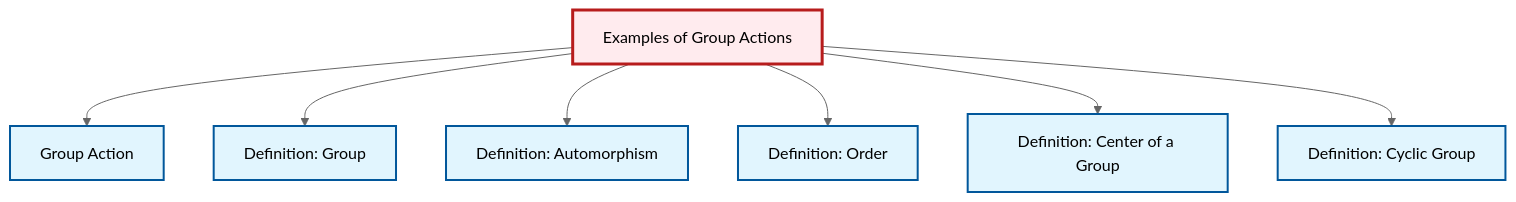
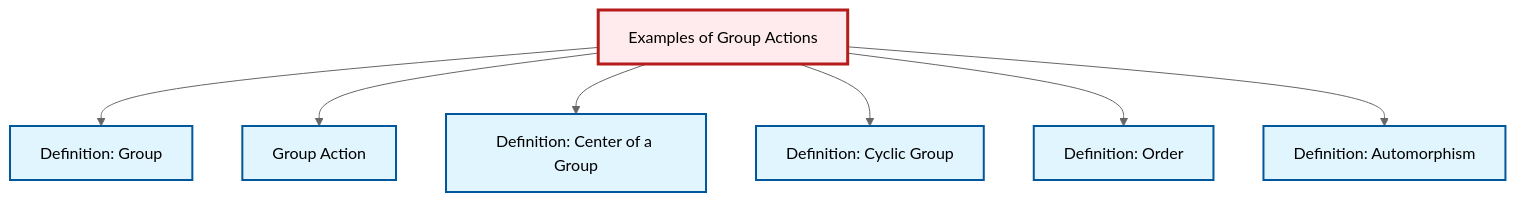
One commit to RK0429/ModernMath changed the diagram in content/en/algebra/ex-group-action-examples.qmd. Above: the diagram before and after it, drawn with Mermaid (neutral theme). The commit also changed other lines of this file and 1069 other files, not shown here.

````diff
--- a/content/en/algebra/ex-group-action-examples.qmd
+++ b/content/en/algebra/ex-group-action-examples.qmd
@@ -78,29 +78,29 @@
 ```{mermaid}
 %%| fig-cap: "Local dependency graph"
 graph TD
     classDef definition fill:#e1f5fe,stroke:#01579b,stroke-width:2px
     classDef theorem fill:#f3e5f5,stroke:#4a148c,stroke-width:2px
     classDef axiom fill:#fff3e0,stroke:#e65100,stroke-width:2px
     classDef example fill:#e8f5e9,stroke:#1b5e20,stroke-width:2px
     classDef current fill:#ffebee,stroke:#b71c1c,stroke-width:3px
+    def-automorphism["Definition: Automorphism"]:::definition
     def-cyclic-group["Definition: Cyclic Group"]:::definition
-    def-center-of-group["Definition: Center of a Group"]:::definition
-    def-group["Definition: Group"]:::definition
     def-order["Definition: Order"]:::definition
     ex-group-action-examples["Examples of Group Actions"]:::example
+    def-center-of-group["Definition: Center of a Group"]:::definition
     def-group-action["Group Action"]:::definition
-    def-automorphism["Definition: Automorphism"]:::definition
+    def-group["Definition: Group"]:::definition
+    ex-group-action-examples --> def-group
     ex-group-action-examples --> def-group-action
-    ex-group-action-examples --> def-group
-    ex-group-action-examples --> def-automorphism
-    ex-group-action-examples --> def-order
     ex-group-action-examples --> def-center-of-group
     ex-group-action-examples --> def-cyclic-group
+    ex-group-action-examples --> def-order
+    ex-group-action-examples --> def-automorphism
     class ex-group-action-examples current
+    click def-automorphism "def-automorphism.html" "Go to Automorphism definition"
     click def-cyclic-group "def-cyclic-group.html" "Go to Cyclic Group definition"
+    click def-order "def-order.html" "Go to Order definition"
     click def-center-of-group "def-center-of-group.html" "Go to Center of a Group definition"
+    click def-group-action "def-group-action.html" "Go to Group Action"
     click def-group "def-group.html" "Go to Group definition"
-    click def-order "def-order.html" "Go to Order definition"
-    click def-group-action "def-group-action.html" "Go to Group Action"
-    click def-automorphism "def-automorphism.html" "Go to Automorphism definition"
 ```
````
